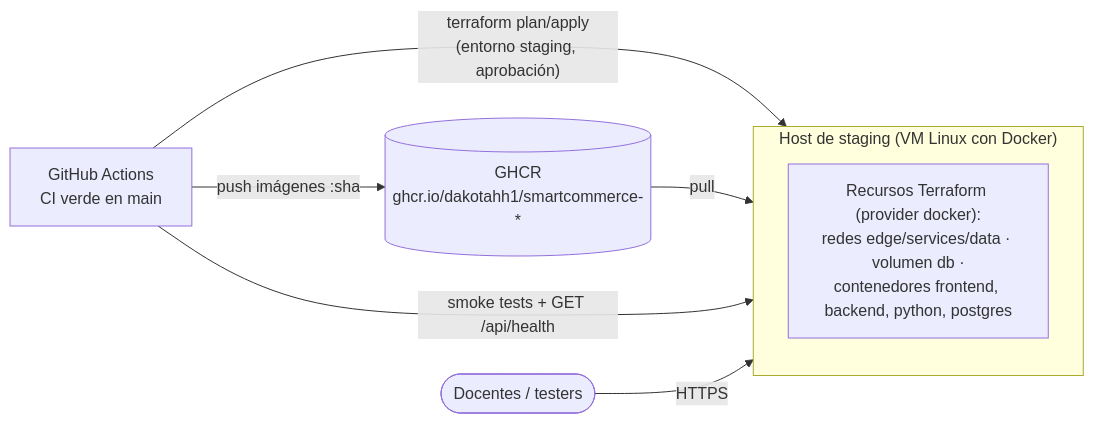
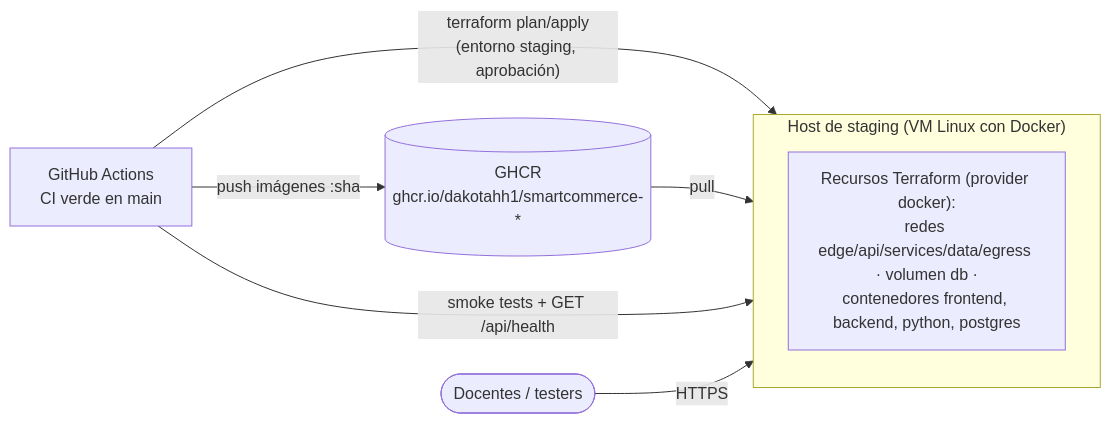
One commit to Dakotahh1/SmartCommerce changed the tenth of 10 diagrams in docs/02-arquitectura.md. Above: the diagram before and after it, drawn with Mermaid. The commit also changed other lines of this file and 1 other file, not shown here.

First line of the commit message:
feat(docker): red interna api para aislar el gateway del servicio Python

````diff
--- a/docs/02-arquitectura.md
+++ b/docs/02-arquitectura.md
@@ -283,11 +274,11 @@
 ```mermaid
 flowchart LR
     gh["GitHub Actions<br/>CI verde en main"] -->|"push imágenes :sha"| ghcr[("GHCR<br/>ghcr.io/dakotahh1/smartcommerce-*")]
     gh -->|"terraform plan/apply<br/>(entorno staging, aprobación)"| host
     subgraph host["Host de staging (VM Linux con Docker)"]
-        tfres["Recursos Terraform (provider docker):<br/>redes edge/services/data · volumen db ·<br/>contenedores frontend, backend, python, postgres"]
+        tfres["Recursos Terraform (provider docker):<br/>redes edge/api/services/data/egress · volumen db ·<br/>contenedores frontend, backend, python, postgres"]
     end
     ghcr -->|"pull"| host
     gh -->|"smoke tests + GET /api/health"| host
     users(["Docentes / testers"]) -->|"HTTPS"| host
 ```
````
